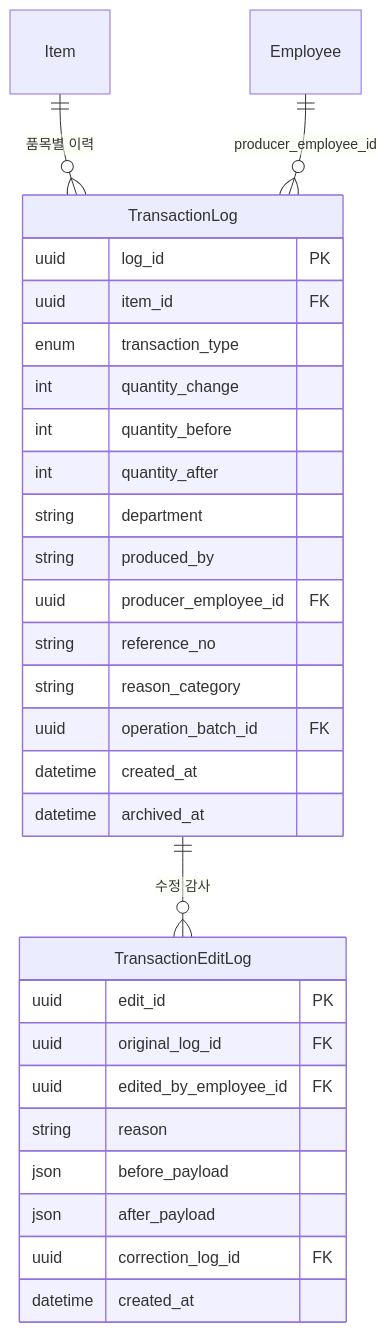
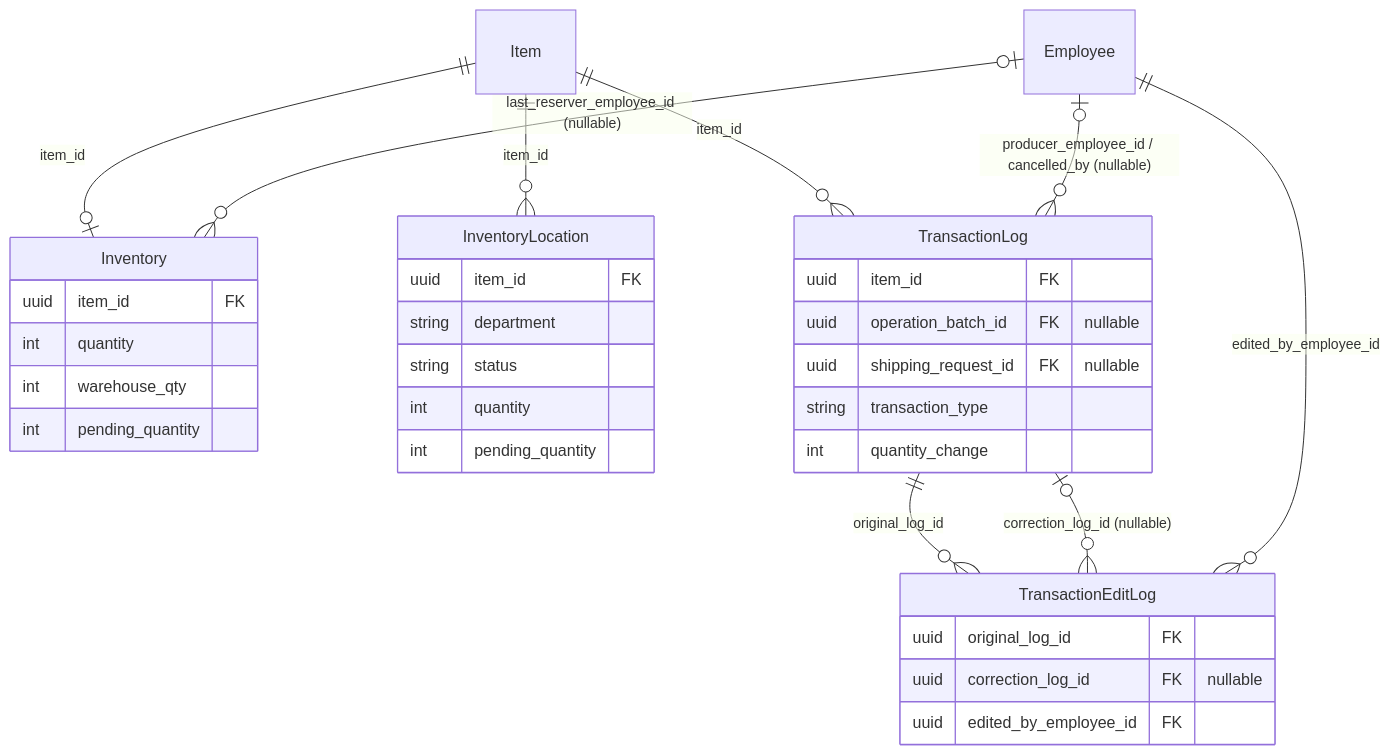
One commit to Hw-03/ERP changed the third of 7 diagrams in _attic/docs/ERD.md. Above: the diagram before and after it, drawn with Mermaid. The commit also changed other lines of this file and 50 other files, not shown here.

````diff
--- a/_attic/docs/ERD.md
+++ b/_attic/docs/ERD.md
@@ -156,34 +117,37 @@
 ```mermaid
 erDiagram
-    Item ||--o{ TransactionLog : "품목별 이력"
-    Employee ||--o{ TransactionLog : "producer_employee_id"
-    TransactionLog ||--o{ TransactionEditLog : "수정 감사"
+    Item ||--o| Inventory : "item_id"
+    Employee o|--o{ Inventory : "last_reserver_employee_id (nullable)"
+    Item ||--o{ InventoryLocation : "item_id"
+    Item ||--o{ TransactionLog : "item_id"
+    Employee o|--o{ TransactionLog : "producer_employee_id / cancelled_by (nullable)"
+    TransactionLog ||--o{ TransactionEditLog : "original_log_id"
+    TransactionLog o|--o{ TransactionEditLog : "correction_log_id (nullable)"
+    Employee ||--o{ TransactionEditLog : "edited_by_employee_id"
 
+    Inventory {
+        uuid item_id FK
+        int quantity
+        int warehouse_qty
+        int pending_quantity
+    }
+    InventoryLocation {
+        uuid item_id FK
+        string department
+        string status
+        int quantity
+        int pending_quantity
+    }
     TransactionLog {
-        uuid log_id PK
         uuid item_id FK
-        enum transaction_type
+        uuid operation_batch_id FK "nullable"
+        uuid shipping_request_id FK "nullable"
+        string transaction_type
         int quantity_change
-        int quantity_before
-        int quantity_after
-        string department
-        string produced_by
-        uuid producer_employee_id FK
-        string reference_no
-        string reason_category
-        uuid operation_batch_id FK
-        datetime created_at
-        datetime archived_at
     }
-
     TransactionEditLog {
-        uuid edit_id PK
         uuid original_log_id FK
+        uuid correction_log_id FK "nullable"
         uuid edited_by_employee_id FK
-        string reason
-        json before_payload
-        json after_payload
-        uuid correction_log_id FK
-        datetime created_at
     }
 ```
````
